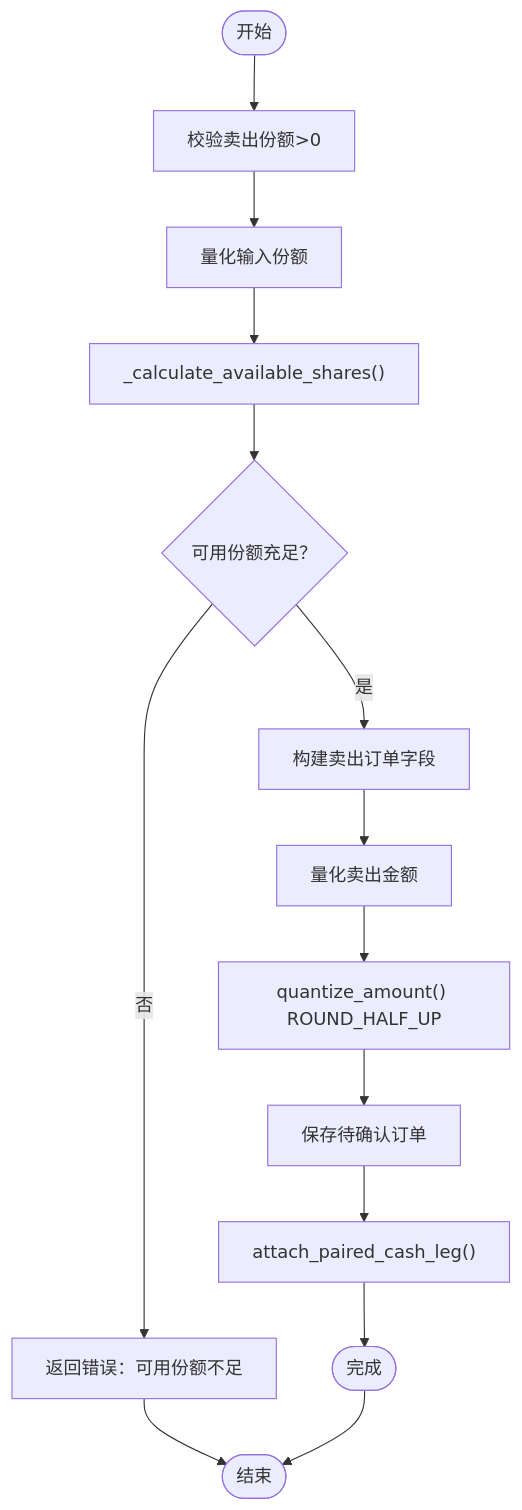
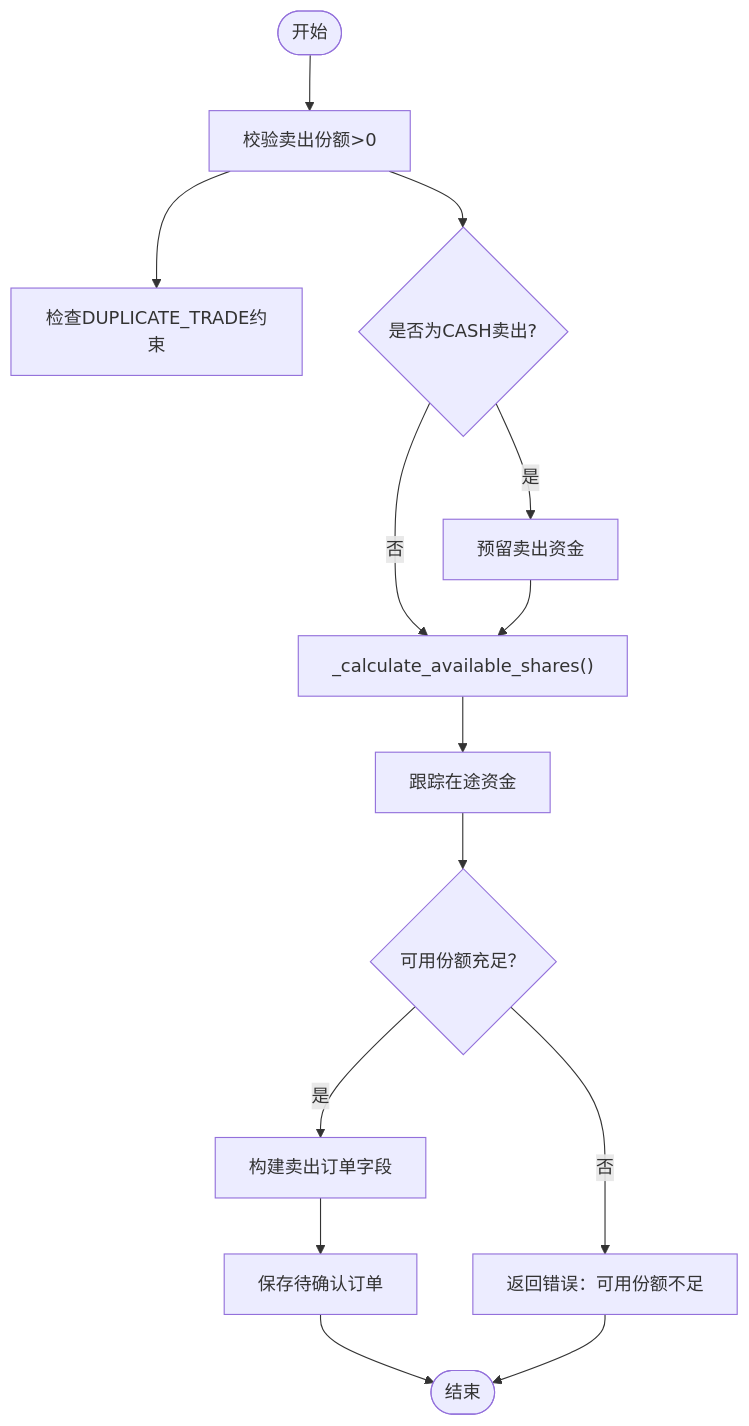
Diagram 12 of 17 in .qoder/repowiki/zh/content/核心业务功能/交易处理.md (gujialind/InvestRing), drawn with Mermaid before and after one commit. The commit also changed other lines of this file and 64 other files, not shown here.

````diff
--- a/.qoder/repowiki/zh/content/核心业务功能/交易处理.md
+++ b/.qoder/repowiki/zh/content/核心业务功能/交易处理.md
@@ -470,16 +579,16 @@
 ```mermaid
 flowchart TD
 Start(["开始"]) --> CheckShares["校验卖出份额>0"]
-CheckShares --> QuantizeInput["量化输入份额"]
-QuantizeInput --> ShareCalc["_calculate_available_shares()"]
-ShareCalc --> Enough{"可用份额充足？"}
+CheckShares --> CheckDuplicate["检查DUPLICATE_TRADE约束"]
+CheckShares --> CheckCashType{"是否为CASH卖出?"}
+CheckCashType --> |是| ReserveCash["预留卖出资金"]
+CheckCashType --> |否| ShareCalc["_calculate_available_shares()"]
+ReserveCash --> ShareCalc
+ShareCalc --> TrackInTransit["跟踪在途资金"]
+TrackInTransit --> Enough{"可用份额充足？"}
 Enough --> |否| Err["返回错误：可用份额不足"]
 Enough --> |是| Build["构建卖出订单字段"]
-Build --> QuantizeAmt["量化卖出金额"]
-QuantizeAmt --> Quantize["quantize_amount() ROUND_HALF_UP"]
-Quantize --> Save["保存待确认订单"]
-Save --> AttachPair["attach_paired_cash_leg()"]
-AttachPair --> Complete(["完成"])
-Err --> End(["结束"])
-Complete --> End
+Build --> Save["保存待确认订单"]
+Save --> End(["结束"])
+Err --> End
 ```
````
